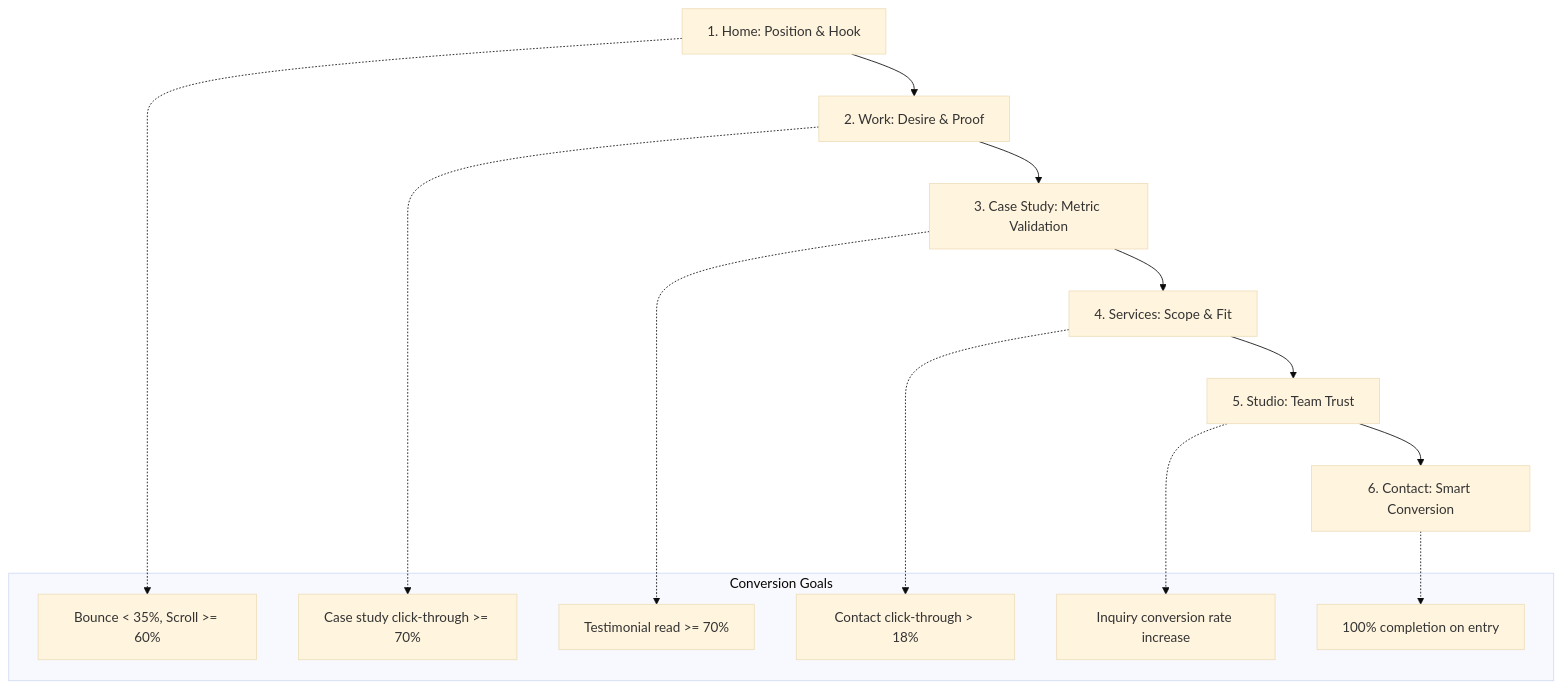
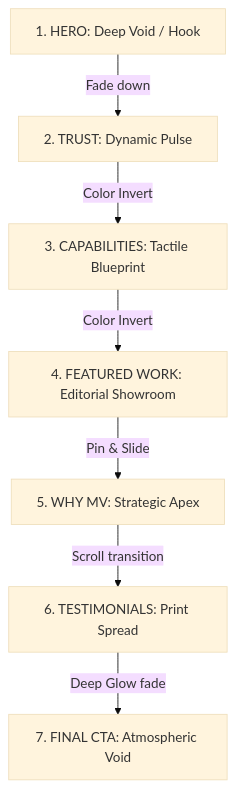
The diagram in mv_creatives_master_design_spec.md (JawwadBhatti/Mv-Creatives), drawn with Mermaid (base theme) before and after one commit. The commit also changed other lines of this file, not shown here.

````diff
--- a/mv_creatives_master_design_spec.md
+++ b/mv_creatives_master_design_spec.md
@@ -300,24 +56,9 @@
 ```mermaid
 graph TD
-    Home[1. Home: Position & Hook] --> Work[2. Work: Desire & Proof]
-    Work --> Case[3. Case Study: Metric Validation]
-    Case --> Services[4. Services: Scope & Fit]
-    Services --> Studio[5. Studio: Team Trust]
-    Studio --> Contact[6. Contact: Smart Conversion]
-    
-    subgraph Conversion Goals
-        HomeTarget[Bounce < 35%, Scroll >= 60%]
-        WorkTarget[Case study click-through >= 70%]
-        CaseTarget[Testimonial read >= 70%]
-        ServicesTarget[Contact click-through > 18%]
-        StudioTarget[Inquiry conversion rate increase]
-        ContactTarget[100% completion on entry]
-    end
-    
-    Home -.-> HomeTarget
-    Work -.-> WorkTarget
-    Case -.-> CaseTarget
-    Services -.-> ServicesTarget
-    Studio -.-> StudioTarget
-    Contact -.-> ContactTarget
+    Hero[1. HERO: Deep Void / Hook] -->|Fade down| Trust[2. TRUST: Dynamic Pulse]
+    Trust -->|Color Invert| Cap[3. CAPABILITIES: Tactile Blueprint]
+    Cap -->|Color Invert| Work[4. FEATURED WORK: Editorial Showroom]
+    Work -->|Pin & Slide| Matrix[5. WHY MV: Strategic Apex]
+    Matrix -->|Scroll transition| Test[6. TESTIMONIALS: Print Spread]
+    Test -->|Deep Glow fade| CTA[7. FINAL CTA: Atmospheric Void]
 ```
````
